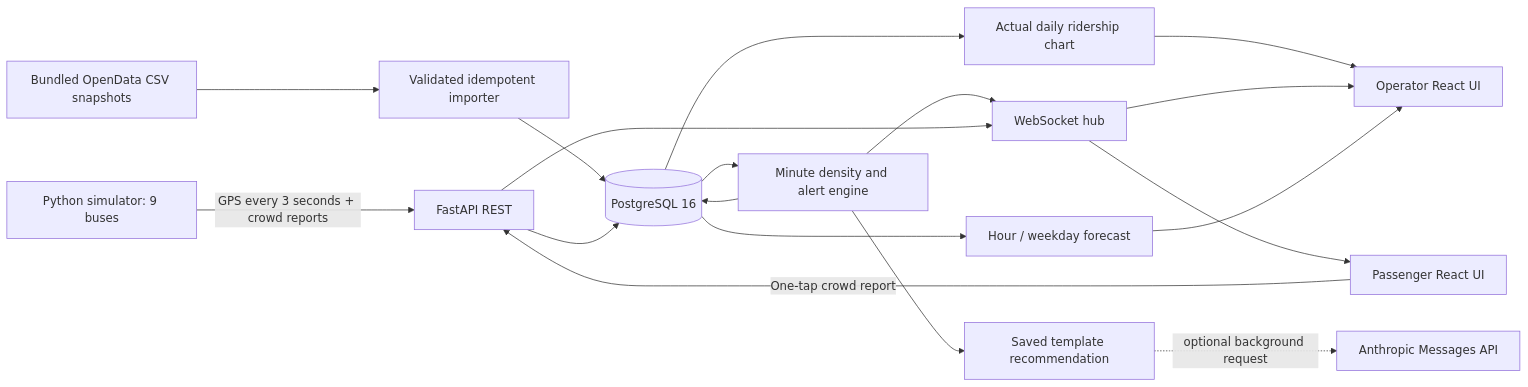
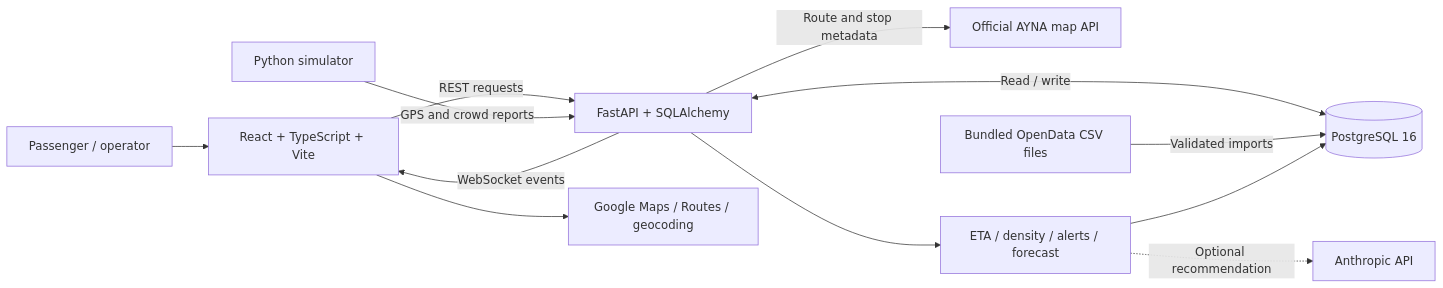
Before and after one commit to orucexe/bakuport: the diagram in README.md, drawn with Mermaid. The commit also changed other lines of this file and 3 other files, not shown here.

Commit message:
Rewrite GitHub README with local setup architecture and data sources

````diff
--- a/README.md
+++ b/README.md
@@ -64,20 +101,14 @@
 ```mermaid
 flowchart LR
-  S[Python simulator: 9 buses] -->|GPS every 3 seconds + crowd reports| A[FastAPI REST]
-  CSV[Bundled OpenData CSV snapshots] --> I[Validated idempotent importer]
-  I --> D
-  D --> H[Actual daily ridership chart]
-  H --> O
-  P[Passenger React UI] -->|One-tap crowd report| A
-  A --> D[(PostgreSQL 16)]
-  D --> E[Minute density and alert engine]
-  E --> D
-  E --> W[WebSocket hub]
-  A --> W
-  W --> P
-  W --> O[Operator React UI]
-  E --> R[Saved template recommendation]
-  R -. optional background request .-> L[Anthropic Messages API]
-  D --> F[Hour / weekday forecast]
-  F --> O
+    User[Passenger / operator] --> Frontend[React + TypeScript + Vite]
+    Frontend -->|REST requests| API[FastAPI + SQLAlchemy]
+    API <-->|Read / write| DB[(PostgreSQL 16)]
+    API -->|WebSocket events| Frontend
+    API -->|Route and stop metadata| AYNA[Official AYNA map API]
+    CSV[Bundled OpenData CSV files] -->|Validated imports| DB
+    Simulator[Python simulator] -->|GPS and crowd reports| API
+    API --> Engine[ETA / density / alerts / forecast]
+    Engine --> DB
+    Engine -. Optional recommendation .-> LLM[Anthropic API]
+    Frontend --> Maps[Google Maps / Routes / geocoding]
 ```
````
